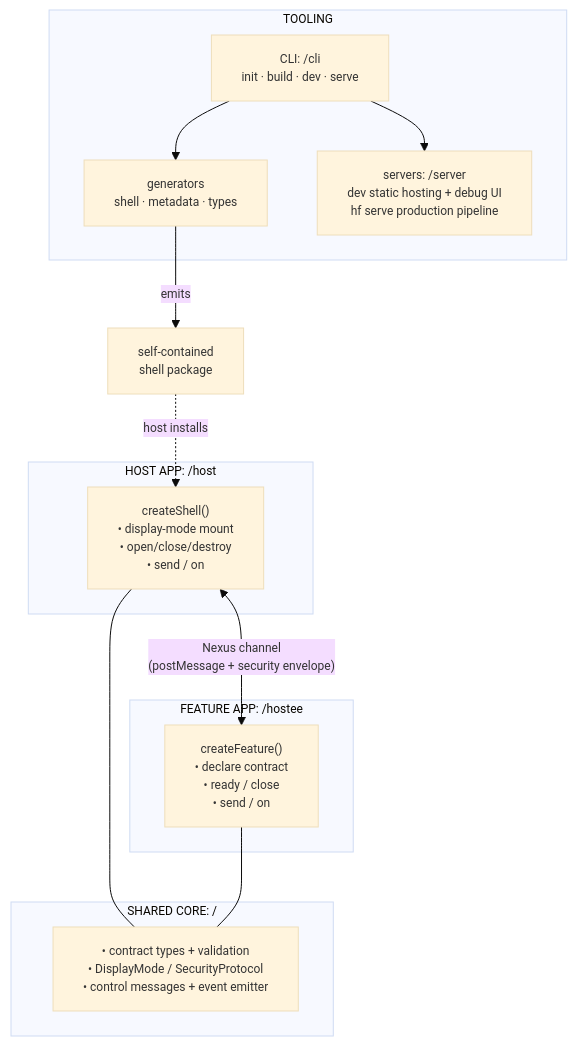
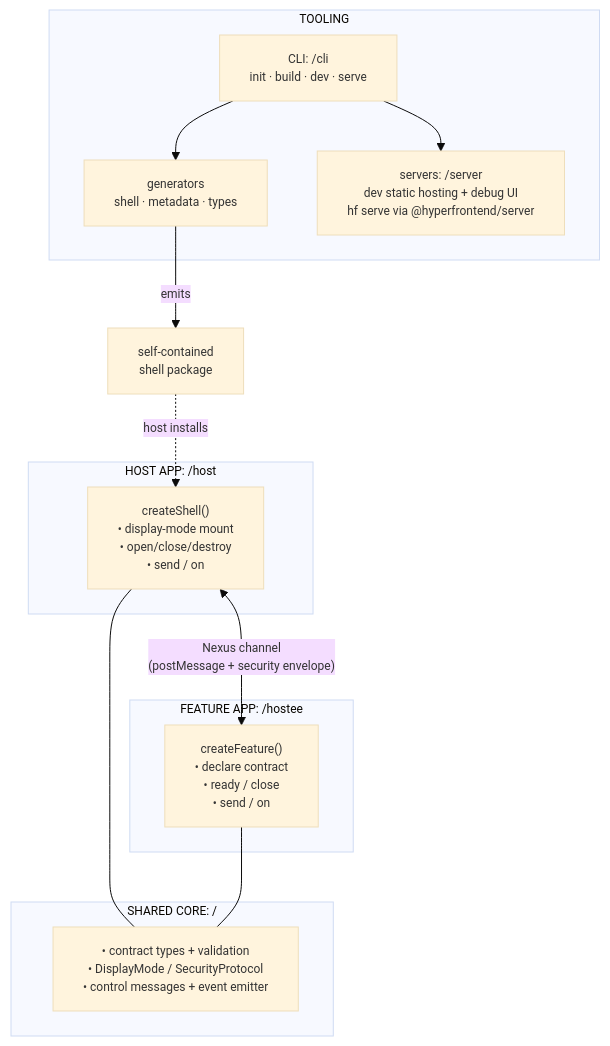
One commit to AndrewRedican/hyperfrontend changed the first of 5 diagrams in libs/features/ARCHITECTURE.md. Above: the diagram before and after it, drawn with Mermaid. The commit also changed other lines of this file and 33 other files, not shown here.

Commit message:
feat(lib-features): serve through the server kernel and its header policy

````diff
--- a/libs/features/ARCHITECTURE.md
+++ b/libs/features/ARCHITECTURE.md
@@ -11,31 +11,31 @@
 ```mermaid
 ---
 config:
   theme: base
   themeVariables:
     fontSize: 12px
 ---
 flowchart TB
     subgraph Host["HOST APP: /host"]
         Shell["createShell()<br/>• display-mode mount<br/>• open/close/destroy<br/>• send / on"]
     end
     subgraph Hostee["FEATURE APP: /hostee"]
         Feature["createFeature()<br/>• declare contract<br/>• ready / close<br/>• send / on"]
     end
     subgraph Shared["SHARED CORE: /"]
         Core["• contract types + validation<br/>• DisplayMode / SecurityProtocol<br/>• control messages + event emitter"]
     end
     subgraph Tooling["TOOLING"]
         Cli["CLI: /cli<br/>init · build · dev · serve"]
         Gen["generators<br/>shell · metadata · types"]
-        Server["servers: /server<br/>dev static hosting + debug UI<br/>hf serve production pipeline"]
+        Server["servers: /server<br/>dev static hosting + debug UI<br/>hf serve via @hyperfrontend/server"]
     end
 
     Shell <-->|"Nexus channel<br/>(postMessage + security envelope)"| Feature
     Shell --- Core
     Feature --- Core
     Cli --> Gen
     Cli --> Server
     Gen -->|"emits"| ShellPkg["self-contained<br/>shell package"]
     ShellPkg -.->|"host installs"| Shell
 ```
````
